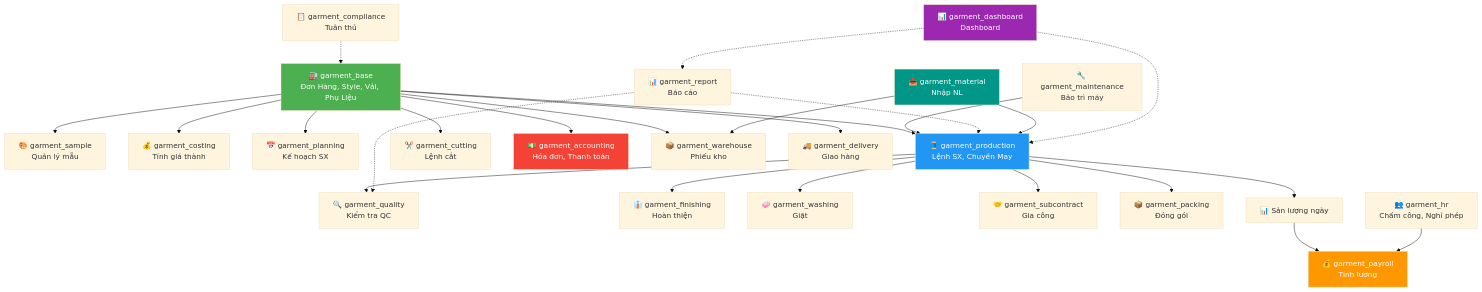
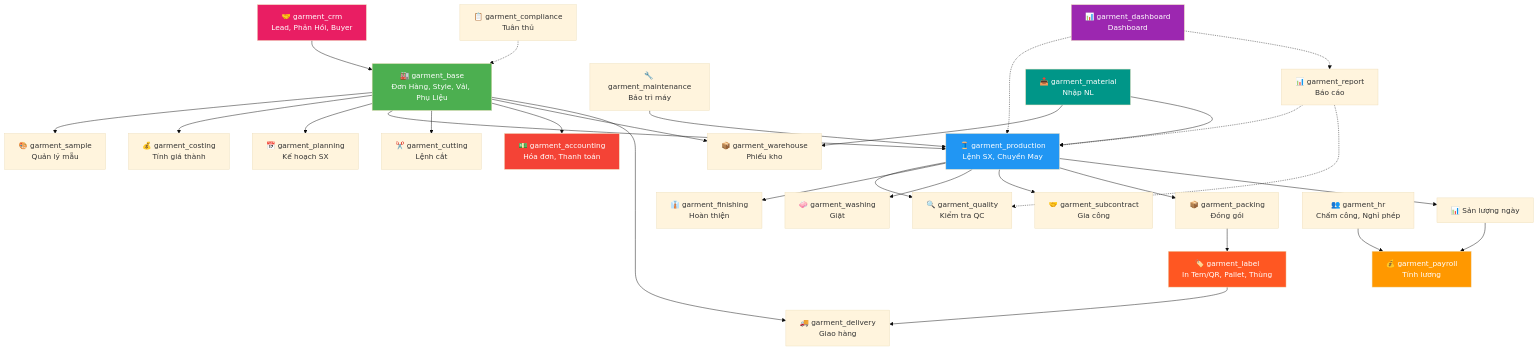
The second of 10 diagrams in docs/QUICK_START.md (phongbksneep/odoo-garment-project), drawn with Mermaid (base theme) before and after one commit. The commit also changed other lines of this file and 46 other files, not shown here.

First line of the commit message:
feat: thêm module CRM quan hệ khách hàng (garment_crm) và in tem/pallet (garment_label)

````diff
--- a/docs/QUICK_START.md
+++ b/docs/QUICK_START.md
@@ -81,39 +87,45 @@
 ```mermaid
 graph TB
     BASE[🏭 garment_base\nĐơn Hàng, Style, Vải, Phụ Liệu]
 
+    CRM[🤝 garment_crm\nLead, Phản Hồi, Buyer] --> BASE
     BASE --> SAMPLE[🎨 garment_sample\nQuản lý mẫu]
     BASE --> COSTING[💰 garment_costing\nTính giá thành]
     BASE --> PLANNING[📅 garment_planning\nKế hoạch SX]
     BASE --> PRODUCTION[🧵 garment_production\nLệnh SX, Chuyền May]
     BASE --> CUTTING[✂️ garment_cutting\nLệnh cắt]
     BASE --> ACCOUNTING[💵 garment_accounting\nHóa đơn, Thanh toán]
     BASE --> WAREHOUSE[📦 garment_warehouse\nPhiếu kho]
     BASE --> DELIVERY[🚚 garment_delivery\nGiao hàng]
 
     PRODUCTION --> QUALITY[🔍 garment_quality\nKiểm tra QC]
     PRODUCTION --> FINISHING[👔 garment_finishing\nHoàn thiện]
     PRODUCTION --> WASHING[🧼 garment_washing\nGiặt]
     PRODUCTION --> SUBCONTRACT[🤝 garment_subcontract\nGia công]
     PRODUCTION --> PACKING[📦 garment_packing\nĐóng gói]
     PRODUCTION --> DAILY[📊 Sản lượng ngày]
+
+    PACKING --> LABEL[🏷️ garment_label\nIn Tem/QR, Pallet, Thùng]
+    LABEL --> DELIVERY
 
     DAILY --> PAYROLL[💰 garment_payroll\nTính lương]
     HR[👥 garment_hr\nChấm công, Nghỉ phép] --> PAYROLL
 
     MAINTENANCE[🔧 garment_maintenance\nBảo trì máy] --> PRODUCTION
     COMPLIANCE[📋 garment_compliance\nTuân thủ] -.-> BASE
     REPORT[📊 garment_report\nBáo cáo] -.-> PRODUCTION
     REPORT -.-> QUALITY
     MATERIAL[📥 garment_material\nNhập NL] --> WAREHOUSE
     MATERIAL --> PRODUCTION
     DASHBOARD[📊 garment_dashboard\nDashboard] -.-> PRODUCTION
     DASHBOARD -.-> REPORT
 
     style BASE fill:#4CAF50,color:#fff
     style PRODUCTION fill:#2196F3,color:#fff
     style PAYROLL fill:#FF9800,color:#fff
     style ACCOUNTING fill:#F44336,color:#fff
     style DASHBOARD fill:#9C27B0,color:#fff
     style MATERIAL fill:#009688,color:#fff
+    style CRM fill:#E91E63,color:#fff
+    style LABEL fill:#FF5722,color:#fff
 ```
````
